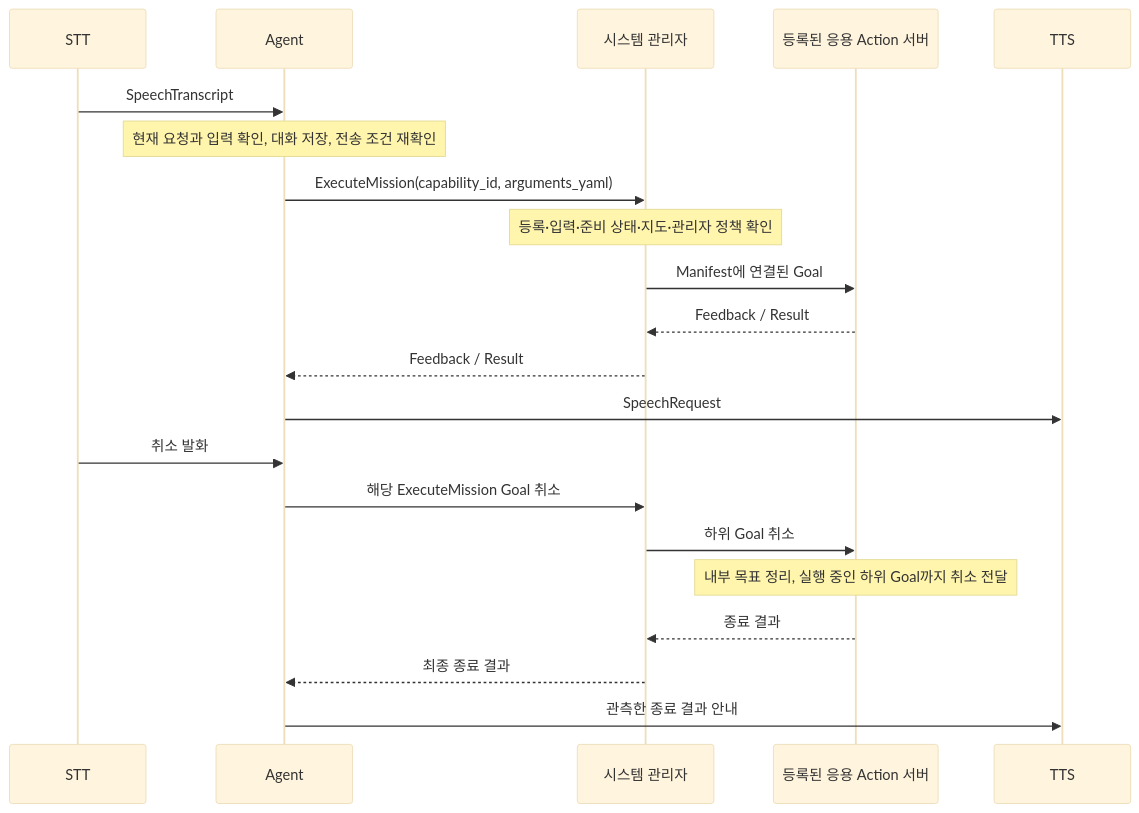
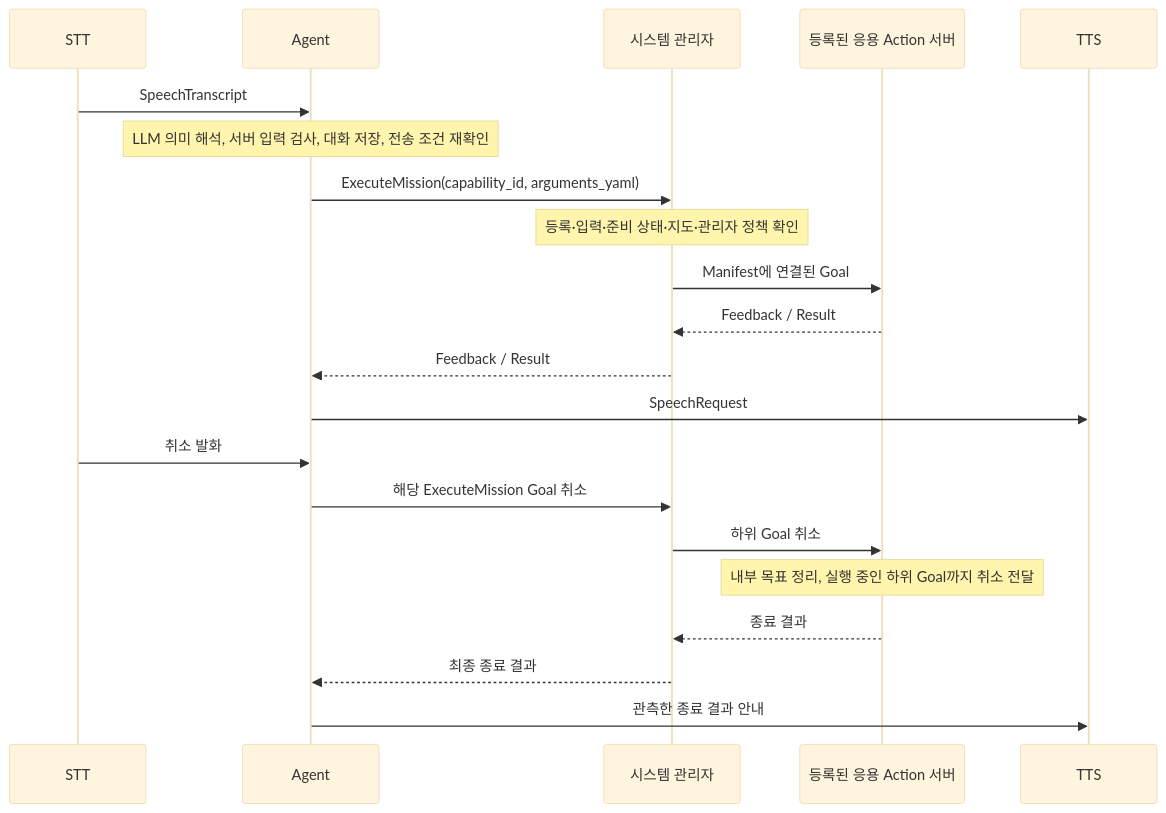
Before and after one commit to SWM-malbut/malbut: the diagram in malbut_agent_server/docs/MANAGER_VOICE_SPEC.md, drawn with Mermaid (base theme). The commit also changed other lines of this file and 20 other files, not shown here.

````diff
--- a/malbut_agent_server/docs/MANAGER_VOICE_SPEC.md
+++ b/malbut_agent_server/docs/MANAGER_VOICE_SPEC.md
@@ -56,23 +65,23 @@
 ```mermaid
 sequenceDiagram
     participant STT as STT
     participant Agent as Agent
     participant Manager as 시스템 관리자
     participant App as 등록된 응용 Action 서버
     participant TTS as TTS
     STT->>Agent: SpeechTranscript
-    Note over Agent: 현재 요청과 입력 확인, 대화 저장, 전송 조건 재확인
+    Note over Agent: LLM 의미 해석, 서버 입력 검사, 대화 저장, 전송 조건 재확인
     Agent->>Manager: ExecuteMission(capability_id, arguments_yaml)
     Note over Manager: 등록·입력·준비 상태·지도·관리자 정책 확인
     Manager->>App: Manifest에 연결된 Goal
     App-->>Manager: Feedback / Result
     Manager-->>Agent: Feedback / Result
     Agent->>TTS: SpeechRequest
     STT->>Agent: 취소 발화
     Agent->>Manager: 해당 ExecuteMission Goal 취소
     Manager->>App: 하위 Goal 취소
     Note over App: 내부 목표 정리, 실행 중인 하위 Goal까지 취소 전달
     App-->>Manager: 종료 결과
     Manager-->>Agent: 최종 종료 결과
     Agent->>TTS: 관측한 종료 결과 안내
 ```
````
